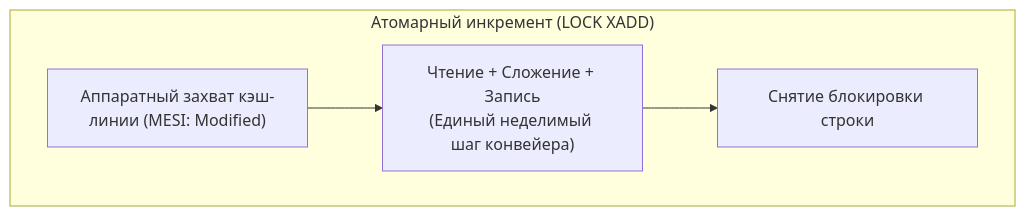
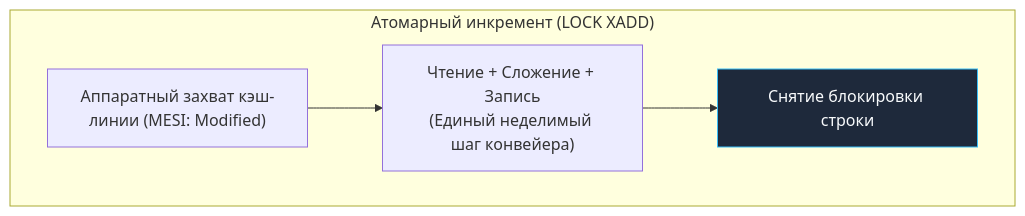
The second of 2 diagrams in sources/1. Архитектура компьютера/23. Атомарные операции. CAS, Compare And Swap, Fetch And Add.md (UnrealTemplier/go-textbook), drawn with Mermaid before and after one commit. The commit also changed other lines of this file and 1666 other files, not shown here.

First line of the commit message:
feat(mermaid): add semantic color classDef to 1369 colorless flowchart/graph diagrams

````diff
--- a/sources/1. Архитектура компьютера/23. Атомарные операции. CAS, Compare And Swap, Fetch And Add.md
+++ b/sources/1. Архитектура компьютера/23. Атомарные операции. CAS, Compare And Swap, Fetch And Add.md
@@ -51,9 +61,19 @@
 ```mermaid
 flowchart TD
+    classDef process  fill:#1e293b,stroke:#38bdf8,stroke-width:1px,color:#f8fafc
+    classDef success  fill:#064e3b,stroke:#34d399,stroke-width:1px,color:#f8fafc
+    classDef error    fill:#7f1d1d,stroke:#f87171,stroke-width:1px,color:#f8fafc
+    classDef warning  fill:#78350f,stroke:#fbbf24,stroke-width:1px,color:#f8fafc
+    classDef entry    fill:#1e3a5f,stroke:#38bdf8,stroke-width:2px,color:#f8fafc
+    classDef aux      fill:#334155,stroke:#64748b,stroke-width:1px,color:#f8fafc
+    classDef system   fill:#312e81,stroke:#a78bfa,stroke-width:1px,color:#f8fafc
+    classDef data     fill:#132d29,stroke:#2dd4bf,stroke-width:1px,color:#f8fafc
+    classDef network  fill:#881337,stroke:#fb7185,stroke-width:1px,color:#f8fafc
+    classDef accent   fill:#1e1b4b,stroke:#818cf8,stroke-width:1px,color:#f8fafc
     subgraph AtomicExecution["Атомарный инкремент (LOCK XADD)"]
         Lock["Аппаратный захват кэш-линии (MESI: Modified)"]
         Op["Чтение + Сложение + Запись<br>(Единый неделимый шаг конвейера)"]
-        Release["Снятие блокировки строки"]
+        Release["Снятие блокировки строки"]:::process
         Lock --> Op --> Release
     end
 ```
````
